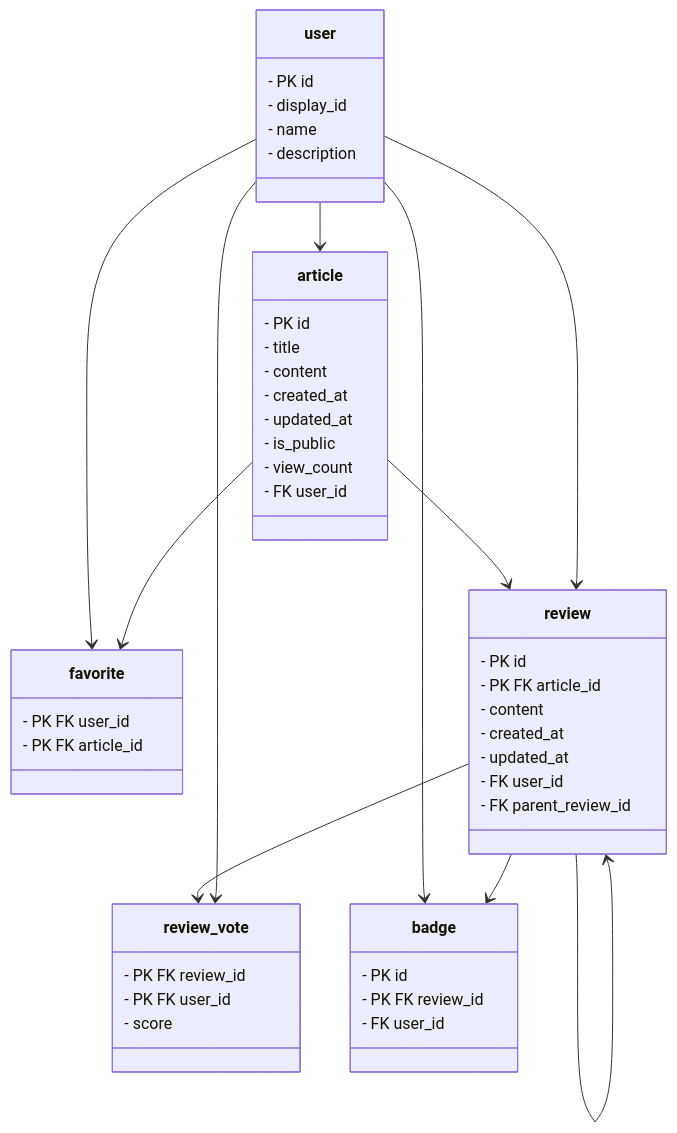
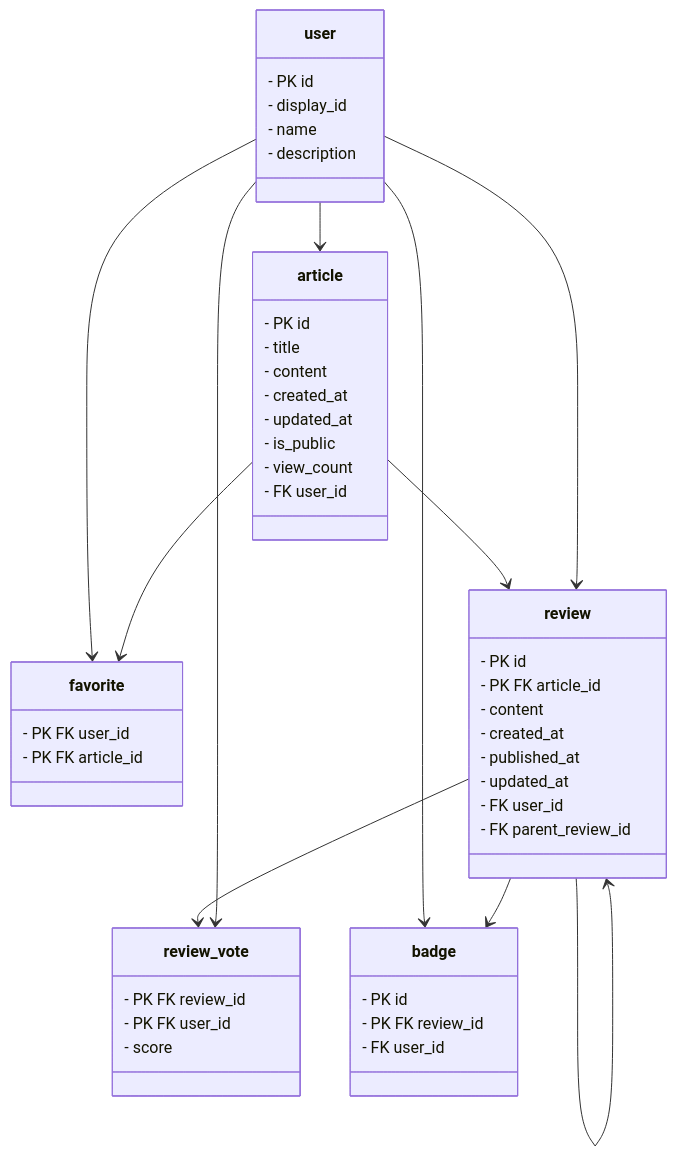
The diagram in db/ER図.md (Potato-Gratin/TechPad), drawn with Mermaid before and after one commit. The commit also changed 3 other files, not shown here.

````diff
--- a/db/ER図.md
+++ b/db/ER図.md
@@ -1,58 +1,59 @@
 ```mermaid
 classDiagram
   user --> article
   user --> favorite
   article --> favorite
   article --> review
   user --> review
   review --> review_vote
   user --> review_vote
   review --> review
   user --> badge
   review --> badge
 
   class user{
     - PK id
     - display_id
     - name
     - description
   }
 
   class article{
   - PK id
   - title
   - content
   - created_at
   - updated_at
   - is_public
   - view_count
   - FK user_id
   }
 
   class favorite{
   - PK FK user_id
   - PK FK article_id
   }
 
   class review{
   - PK id
   - PK FK article_id
   - content
   - created_at
+  - published_at
   - updated_at
   - FK user_id
   - FK parent_review_id
   }
 
   class review_vote{
   - PK FK review_id
   - PK FK user_id
   - score
   }
 
   class badge{
   - PK id
   - PK FK review_id
   - FK user_id 
   }
 ```
````
